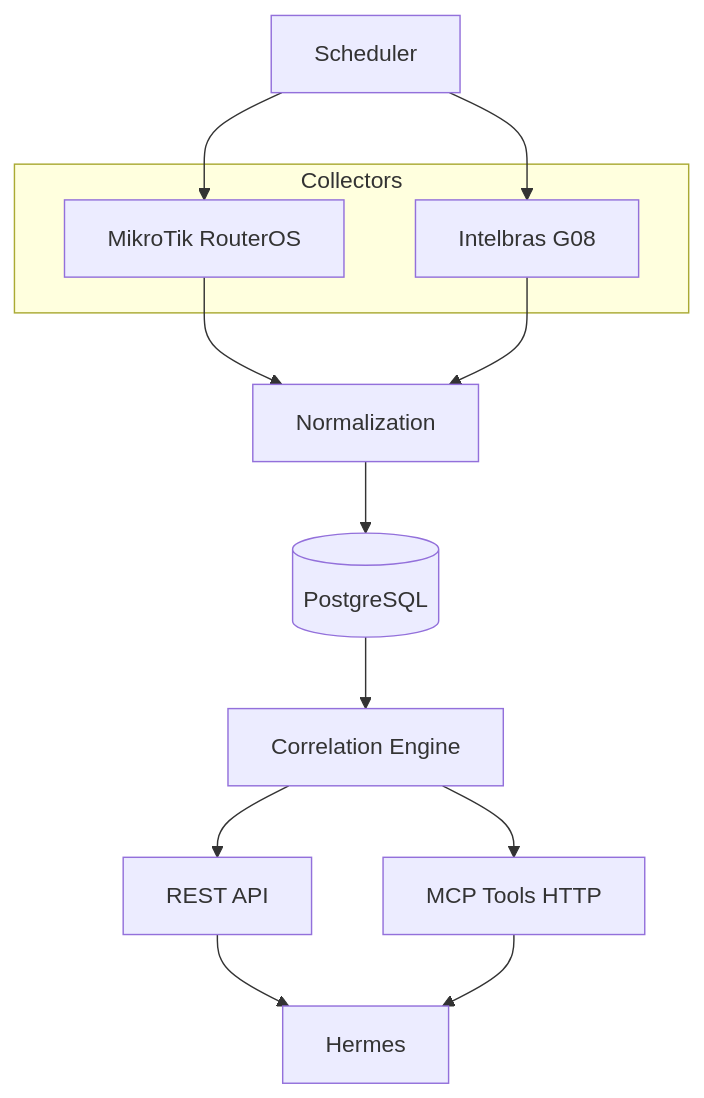
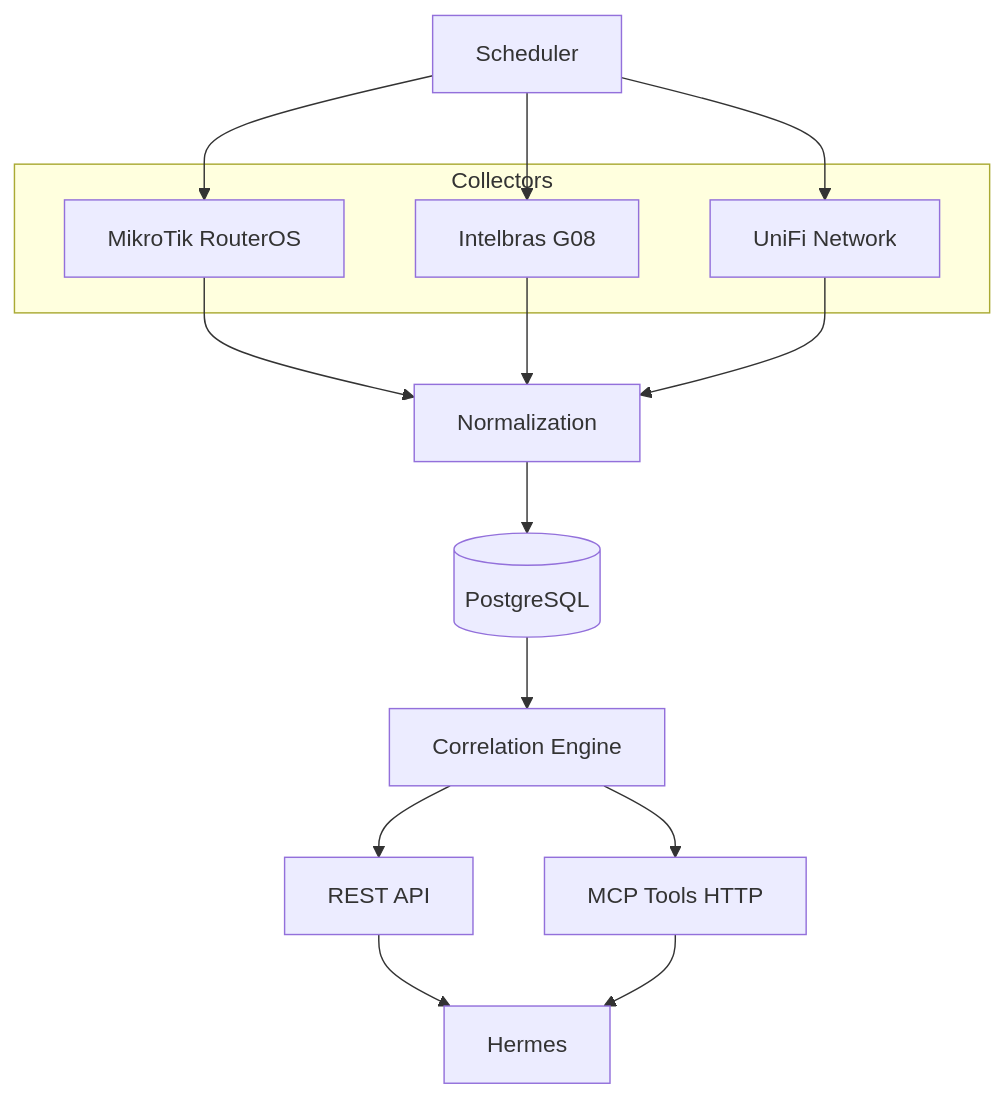
Before and after one commit to 3mstecnologia-del/madalena-network-intelligence: the diagram in README.md, drawn with Mermaid. The commit also changed other lines of this file and 24 other files, not shown here.

````diff
--- a/README.md
+++ b/README.md
@@ -25,25 +25,28 @@
 ```mermaid
 flowchart TB
   subgraph sources [Collectors]
     MK[MikroTik RouterOS]
     G08[Intelbras G08]
+    UNI[UniFi Network]
   end
   SCH[Scheduler]
   NORM[Normalization]
   PG[(PostgreSQL)]
   CORR[Correlation Engine]
   API[REST API]
   MCP[MCP Tools HTTP]
   HERMES[Hermes]
 
   SCH --> MK
   SCH --> G08
+  SCH --> UNI
   MK --> NORM
   G08 --> NORM
+  UNI --> NORM
   NORM --> PG
   PG --> CORR
   CORR --> API
   CORR --> MCP
   API --> HERMES
   MCP --> HERMES
 ```
````
